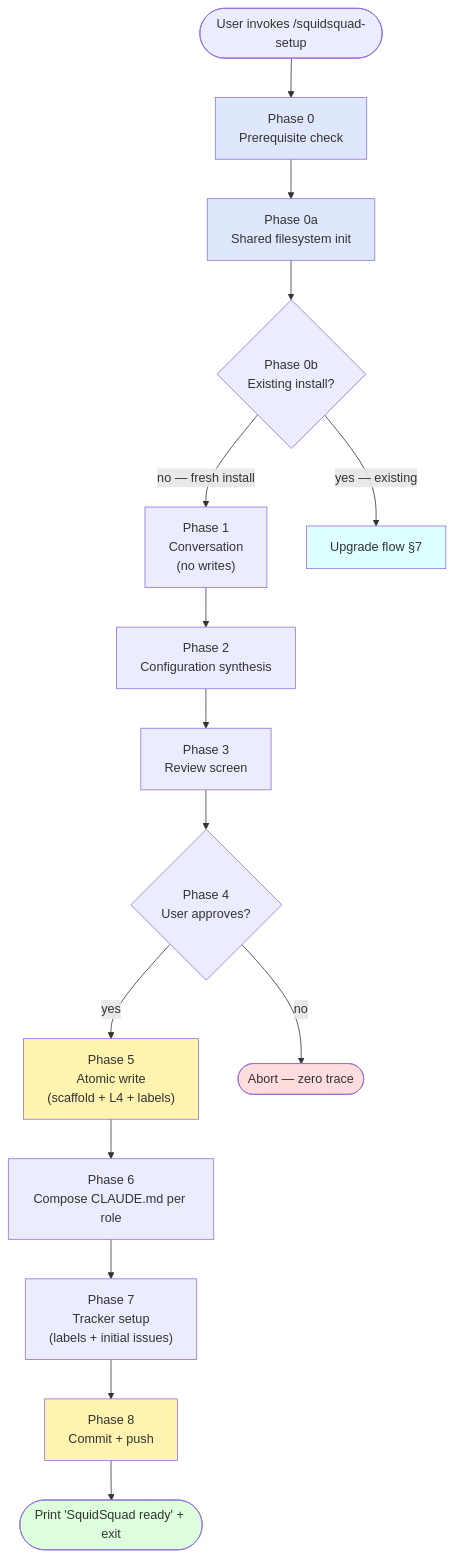
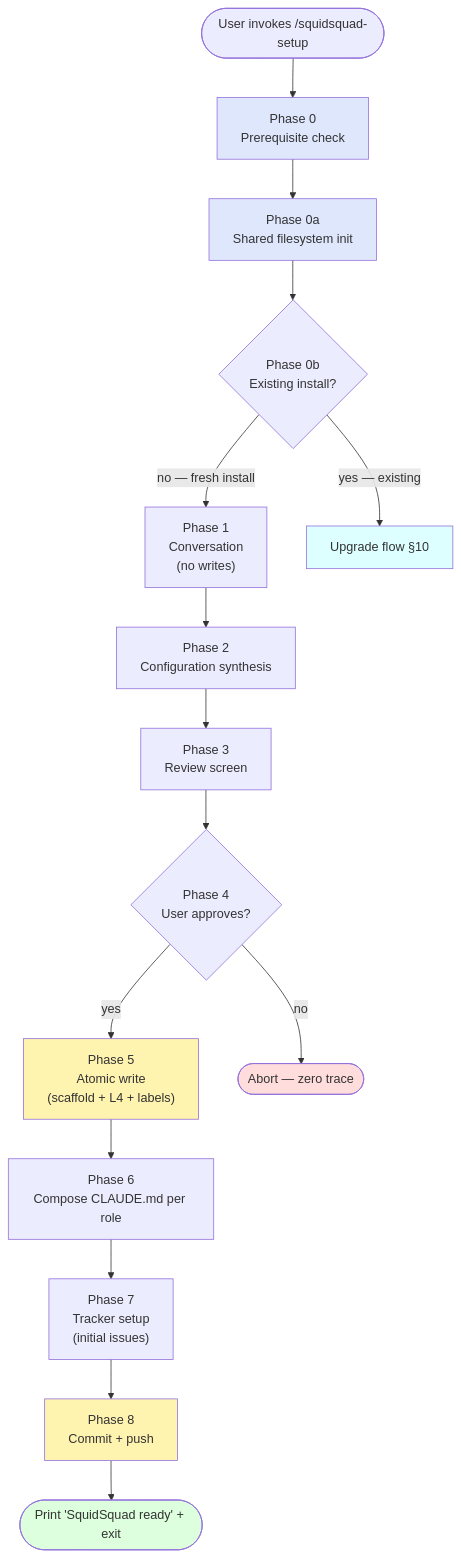
One commit to WallyDoodlez/SquidSquad changed the second of 3 diagrams in docs/INSTALLER-ARCH.md. Above: the diagram before and after it, drawn with Mermaid. The commit also changed other lines of this file and 3 other files, not shown here.

````diff
--- a/docs/INSTALLER-ARCH.md
+++ b/docs/INSTALLER-ARCH.md
@@ -89,33 +104,33 @@
 ```mermaid
 flowchart TB
     Start([User invokes /squidsquad-setup])
     P0["Phase 0<br/>Prerequisite check"]
     P0a["Phase 0a<br/>Shared filesystem init"]
     P0b{"Phase 0b<br/>Existing install?"}
     P1["Phase 1<br/>Conversation<br/>(no writes)"]
     P2["Phase 2<br/>Configuration synthesis"]
     P3["Phase 3<br/>Review screen"]
     P4{"Phase 4<br/>User approves?"}
     P5["Phase 5<br/>Atomic write<br/>(scaffold + L4 + labels)"]
     P6["Phase 6<br/>Compose CLAUDE.md per role"]
-    P7["Phase 7<br/>Tracker setup<br/>(labels + initial issues)"]
+    P7["Phase 7<br/>Tracker setup<br/>(initial issues)"]
     P8["Phase 8<br/>Commit + push"]
     P9(["Print 'SquidSquad ready' + exit"])
-    Upgrade["Upgrade flow §7"]
+    Upgrade["Upgrade flow §10"]
     Abort(["Abort — zero trace"])
 
     Start --> P0 --> P0a --> P0b
     P0b -->|"no — fresh install"| P1
     P0b -->|"yes — existing"| Upgrade
     P1 --> P2 --> P3 --> P4
     P4 -->|"yes"| P5 --> P6 --> P7 --> P8 --> P9
     P4 -->|"no"| Abort
 
     style P0 fill:#dfe7fd
     style P0a fill:#dfe7fd
     style P5 fill:#fff3b0
     style P8 fill:#fff3b0
     style P9 fill:#dfd
     style Abort fill:#fdd
     style Upgrade fill:#dff
 ```
````
